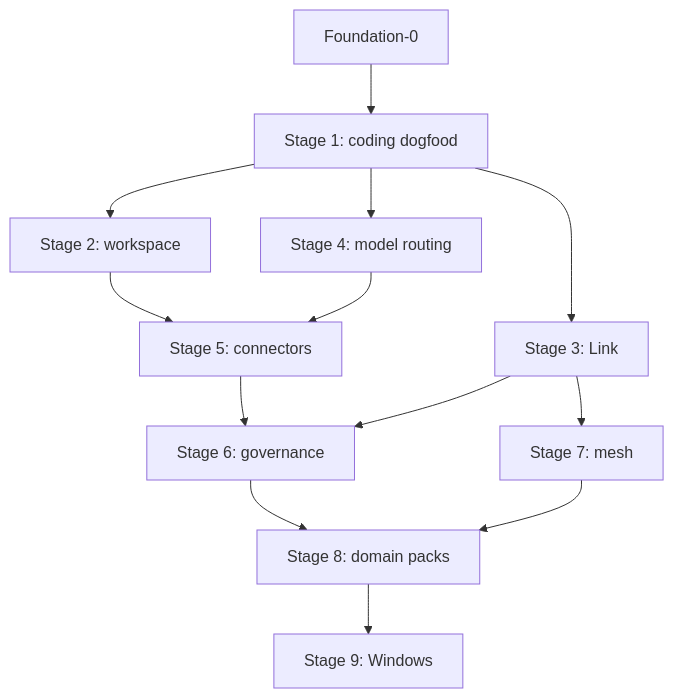
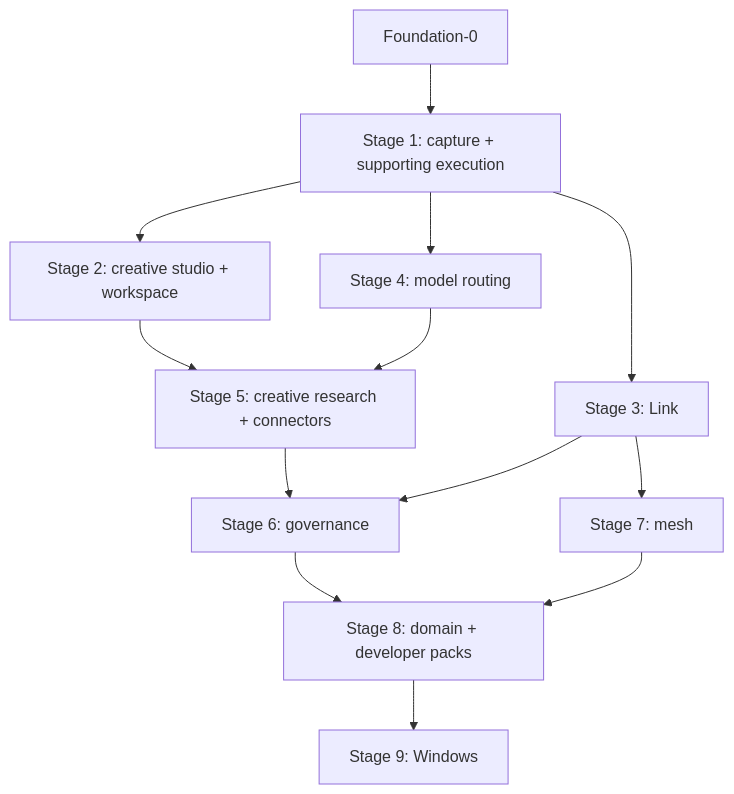
The diagram in doc/Rikuri_Pi_Foundation0_Rebaselined_Stage_Plan_v2.1.md (rikuripi/Rikuri-PI), drawn with Mermaid before and after one commit. The commit also changed other lines of this file and 1 other file, not shown here.

First line of the commit message:
Align the Stage Plan and Stage 2 order with the creative-studio sequence

````diff
--- a/doc/Rikuri_Pi_Foundation0_Rebaselined_Stage_Plan_v2.1.md
+++ b/doc/Rikuri_Pi_Foundation0_Rebaselined_Stage_Plan_v2.1.md
@@ -436,15 +438,15 @@
 ```mermaid
 flowchart TD
-  F0["Foundation-0"] --> S1["Stage 1: coding dogfood"]
-  S1 --> S2["Stage 2: workspace"]
+  F0["Foundation-0"] --> S1["Stage 1: capture + supporting execution"]
+  S1 --> S2["Stage 2: creative studio + workspace"]
   S1 --> S3["Stage 3: Link"]
   S1 --> S4["Stage 4: model routing"]
-  S2 --> S5["Stage 5: connectors"]
+  S2 --> S5["Stage 5: creative research + connectors"]
   S4 --> S5
   S5 --> S6["Stage 6: governance"]
   S3 --> S6
   S3 --> S7["Stage 7: mesh"]
-  S6 --> S8["Stage 8: domain packs"]
+  S6 --> S8["Stage 8: domain + developer packs"]
   S7 --> S8
   S8 --> S9["Stage 9: Windows"]
 ```
````
